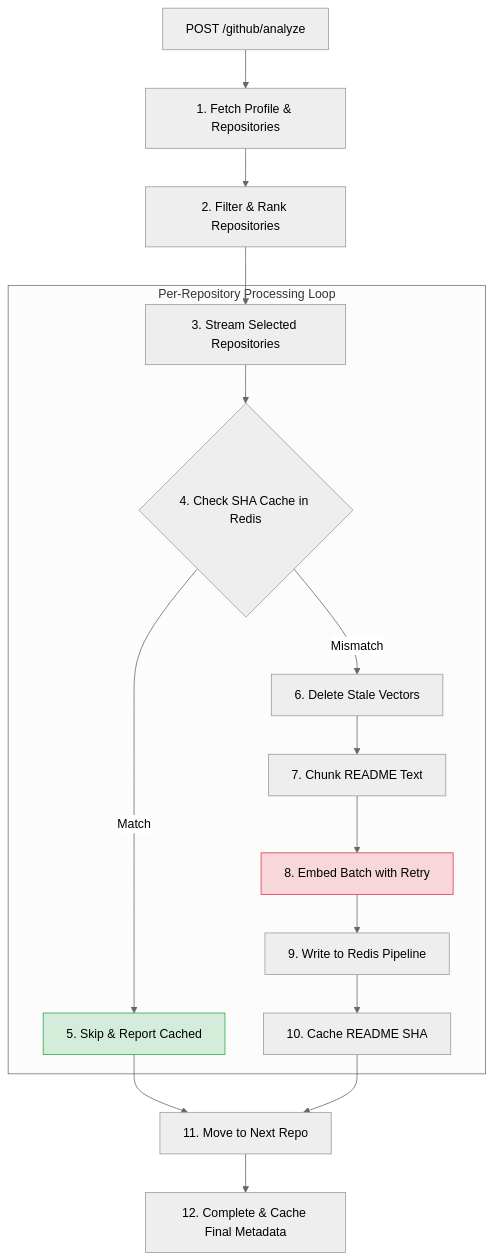
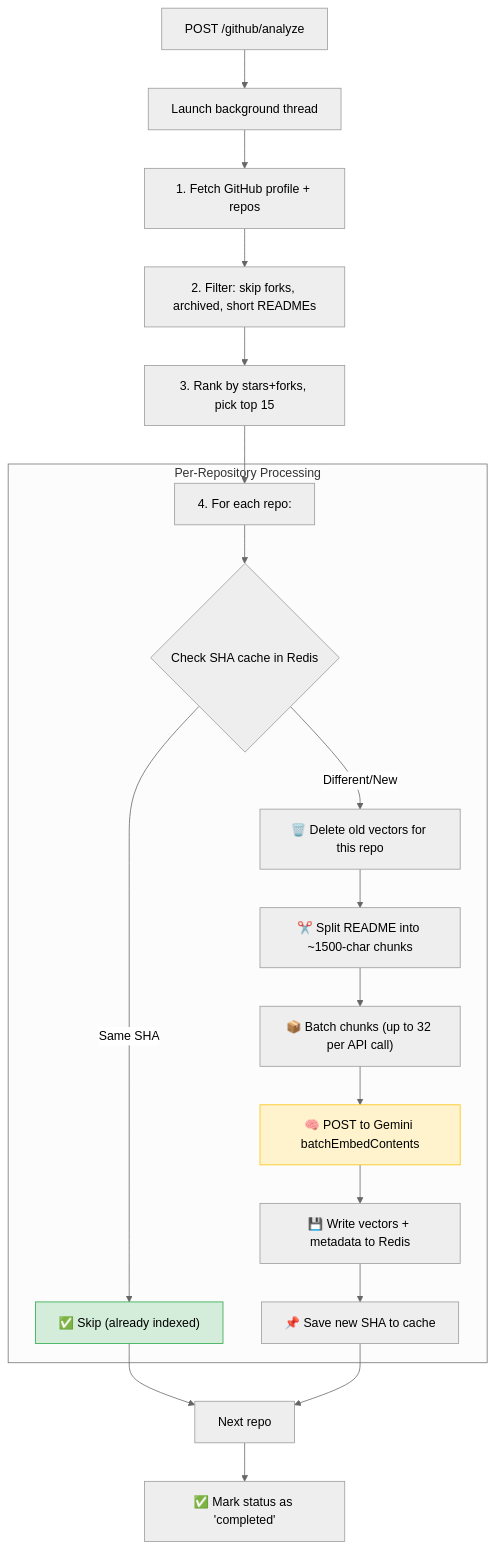
One commit to mujeebmasi/redis-rag changed the fifth of 7 diagrams in README.md. Above: the diagram before and after it, drawn with Mermaid (neutral theme). The commit also changed other lines of this file, not shown here.

Commit message:
Complete README rewrite: accurate tech stack, flow diagrams, deployment guide, debugging chronicle, and best practices

````diff
--- a/README.md
+++ b/README.md
@@ -299,23 +334,26 @@
 ```mermaid
 graph TD
-    Request[POST /github/analyze] --> Fetch[1. Fetch Profile & Repositories]
-    Fetch --> RankFilter[2. Filter & Rank Repositories]
-    RankFilter --> LoopStart[3. Stream Selected Repositories]
-    
-    subgraph Stream["Per-Repository Processing Loop"]
-        LoopStart --> CacheCheck{4. Check SHA Cache in Redis}
-        CacheCheck -->|Match| CacheHit[5. Skip & Report Cached]
-        CacheCheck -->|Mismatch| Cleanup[6. Delete Stale Vectors]
-        Cleanup --> Chunk[7. Chunk README Text]
-        Chunk --> Embed[8. Embed Batch with Retry]
-        Embed --> PipelineWrite[9. Write to Redis Pipeline]
-        PipelineWrite --> CacheUpdate[10. Cache README SHA]
+    Start["POST /github/analyze"] --> BG["Launch background thread"]
+    BG --> Fetch["1. Fetch GitHub profile + repos"]
+    Fetch --> Filter["2. Filter: skip forks, archived, short READMEs"]
+    Filter --> Rank["3. Rank by stars+forks, pick top 15"]
+    Rank --> Loop["4. For each repo:"]
+
+    subgraph PerRepo["Per-Repository Processing"]
+        Loop --> SHA{"Check SHA cache in Redis"}
+        SHA -->|"Same SHA"| Skip["✅ Skip (already indexed)"]
+        SHA -->|"Different/New"| Clean["🗑️ Delete old vectors for this repo"]
+        Clean --> Chunk["✂️ Split README into ~1500-char chunks"]
+        Chunk --> Batch["📦 Batch chunks (up to 32 per API call)"]
+        Batch --> Embed["🧠 POST to Gemini batchEmbedContents"]
+        Embed --> Store["💾 Write vectors + metadata to Redis"]
+        Store --> Cache["📌 Save new SHA to cache"]
     end
-    
-    CacheHit --> NextRepo[11. Move to Next Repo]
-    CacheUpdate --> NextRepo
-    NextRepo --> Complete[12. Complete & Cache Final Metadata]
-    
-    style CacheHit fill:#d4edda,stroke:#28a745,stroke-width:1px
-    style Embed fill:#f8d7da,stroke:#dc3545,stroke-width:1px
+
+    Skip --> Next["Next repo"]
+    Cache --> Next
+    Next --> Done["✅ Mark status as 'completed'"]
+
+    style Skip fill:#d4edda,stroke:#28a745
+    style Embed fill:#fff3cd,stroke:#ffc107
 ```
````
